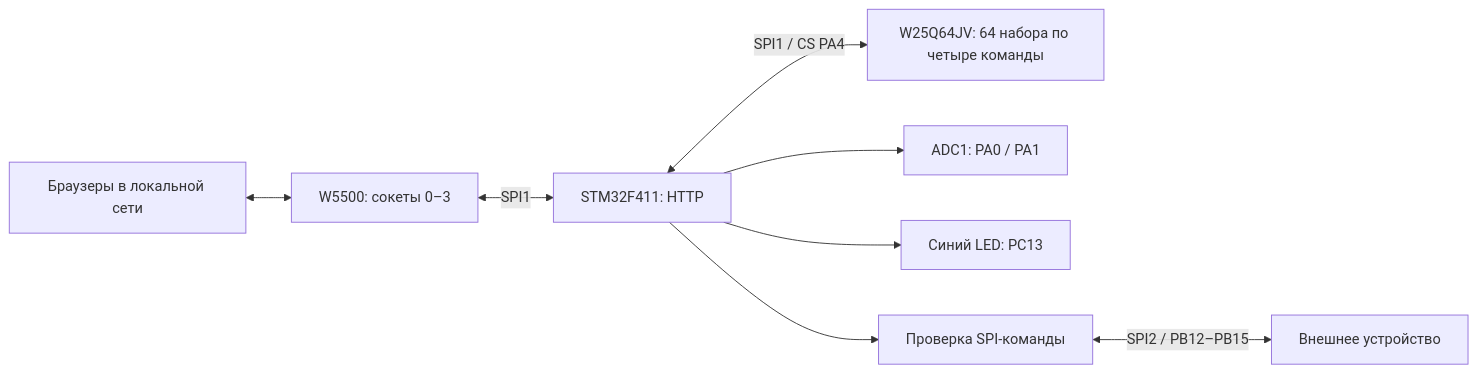
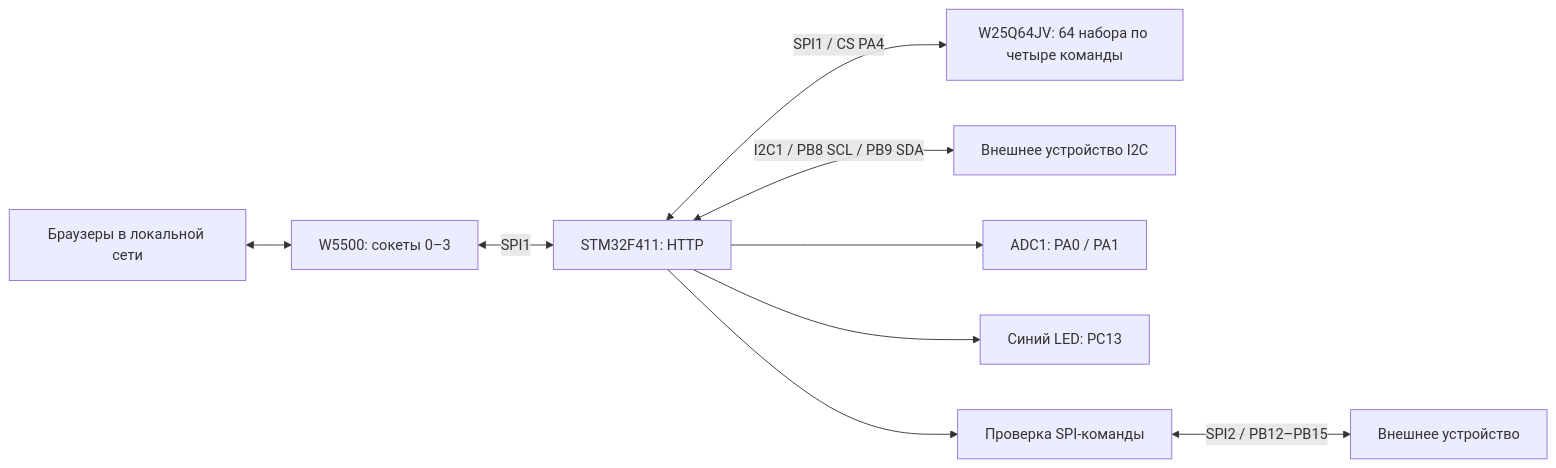
Before and after one commit to TheGreatTemplar/STM32F411-W5500: the diagram in documentation/ARCHITECTURE.md, drawn with Mermaid. The commit also changed other lines of this file and 26 other files, not shown here.

````diff
--- a/documentation/ARCHITECTURE.md
+++ b/documentation/ARCHITECTURE.md
@@ -3,10 +3,11 @@
 ```mermaid
 flowchart LR
     Browsers[Браузеры в локальной сети] <--> W5500[W5500: сокеты 0–3]
     W5500 <-->|SPI1| Server[STM32F411: HTTP]
     Server <-->|SPI1 / CS PA4| Flash[W25Q64JV: 64 набора по четыре команды]
+    Server <-->|I2C1 / PB8 SCL / PB9 SDA| I2CDevice[Внешнее устройство I2C]
     Server --> ADC[ADC1: PA0 / PA1]
     Server --> LED[Синий LED: PC13]
     Server --> Console[Проверка SPI-команды]
     Console <-->|SPI2 / PB12–PB15| Device[Внешнее устройство]
 ```
````
